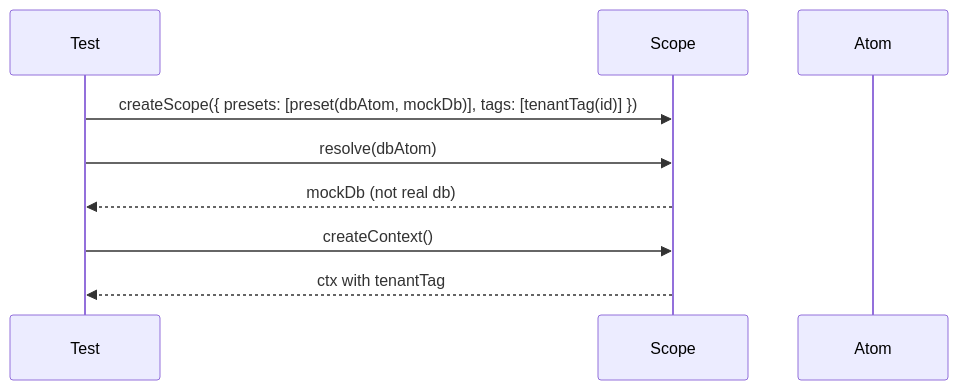
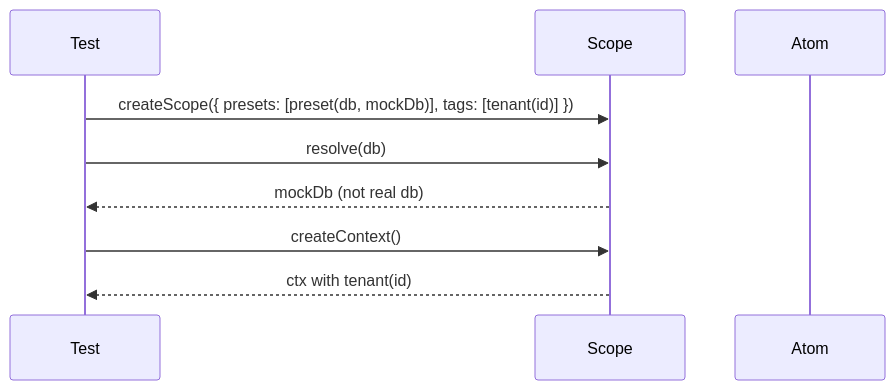
The third of 11 diagrams in packages/lite/PATTERNS.md (pumped-fn/pumped-fn), drawn with Mermaid before and after one commit. The commit also changed other lines of this file and 96 other files, not shown here.

````diff
--- a/packages/lite/PATTERNS.md
+++ b/packages/lite/PATTERNS.md
@@ -73,13 +73,13 @@
 ```mermaid
 sequenceDiagram
     participant Test
     participant Scope
     participant Atom
 
-    Test->>Scope: createScope({ presets: [preset(dbAtom, mockDb)], tags: [tenantTag(id)] })
-    Test->>Scope: resolve(dbAtom)
+    Test->>Scope: createScope({ presets: [preset(db, mockDb)], tags: [tenant(id)] })
+    Test->>Scope: resolve(db)
     Scope-->>Test: mockDb (not real db)
 
     Test->>Scope: createContext()
-    Scope-->>Test: ctx with tenantTag
+    Scope-->>Test: ctx with tenant(id)
 ```
````
